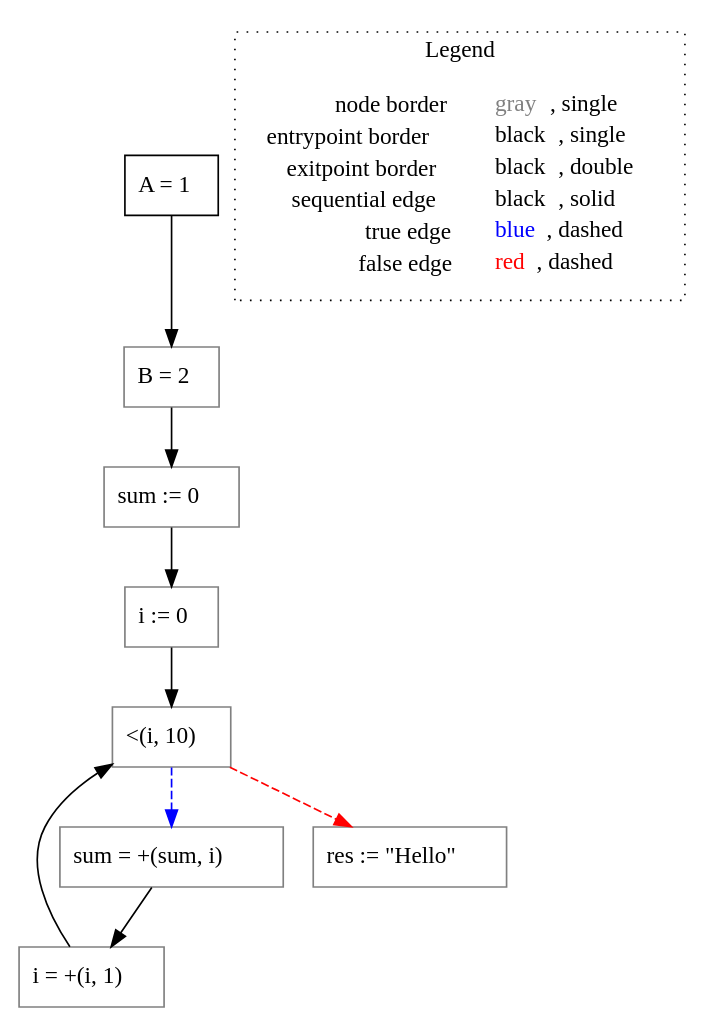
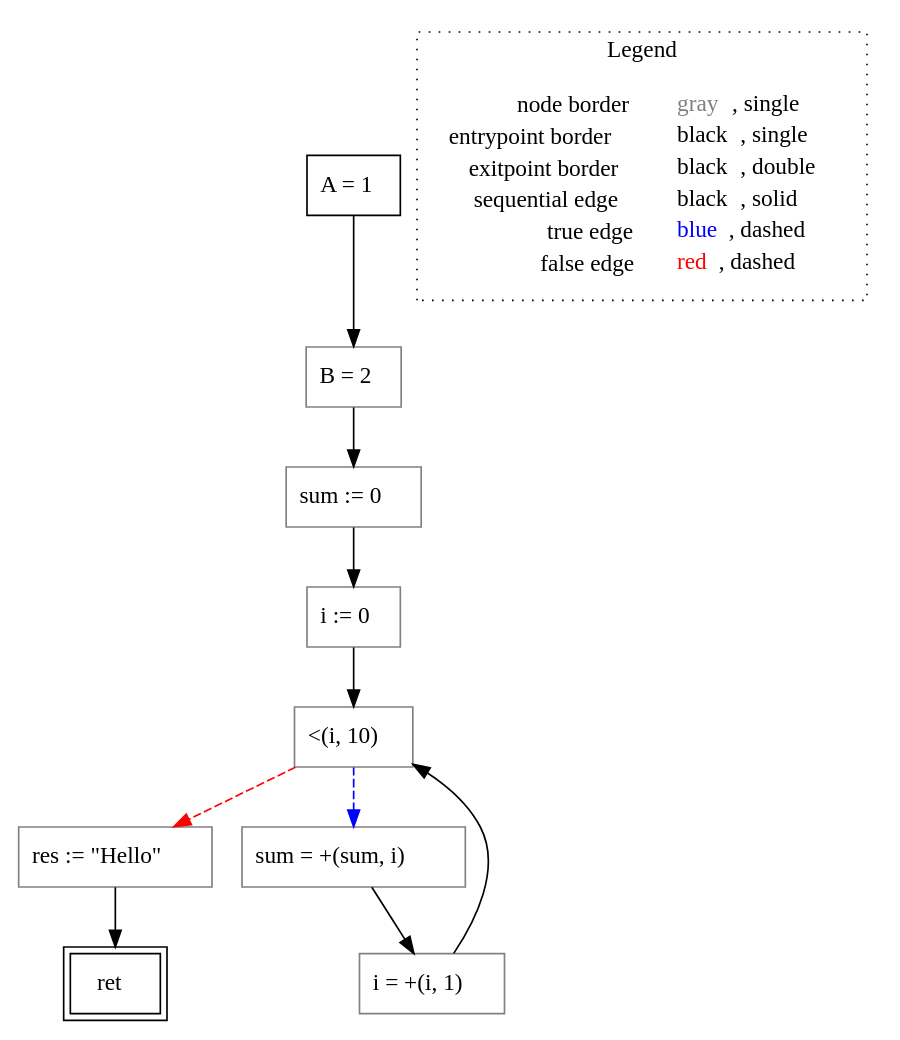
Before and after one commit to lisa-analyzer/go-lisa: the diagram in go-lisa/go-testcases/cfg/for/untyped_~LiSAProgram.simpleFor().dot, drawn with Graphviz. The commit also changed 86 other files, not shown here.

```diff
--- a/go-lisa/go-testcases/cfg/for/untyped_~LiSAProgram.simpleFor().dot
+++ b/go-lisa/go-testcases/cfg/for/untyped_~LiSAProgram.simpleFor().dot
@@ -1,25 +1,27 @@
 digraph {
 	"node0" [shape="rect",color="black",label=<A = 1>];
-	"node1" [shape="rect",color="gray",label=<sum = +(sum, i)>];
-	"node2" [shape="rect",color="gray",label=<sum := 0>];
-	"node3" [shape="rect",color="gray",label=<B = 2>];
-	"node4" [shape="rect",color="gray",label=<res := &quot;Hello&quot;>];
-	"node5" [shape="rect",color="gray",label=<i = +(i, 1)>];
-	"node6" [shape="rect",color="gray",label=<i := 0>];
-	"node7" [shape="rect",color="gray",label=<&lt;(i, 10)>];
-	"node1" -> "node5" [color="black"];
-	"node2" -> "node6" [color="black"];
-	"node3" -> "node2" [color="black"];
-	"node0" -> "node3" [color="black"];
-	"node5" -> "node7" [color="black"];
-	"node6" -> "node7" [color="black"];
-	"node7" -> "node1" [color="blue",style="dashed"];
-	"node7" -> "node4" [color="red",style="dashed"];
+	"node1" [shape="rect",color="gray",label=<res := &quot;Hello&quot;>];
+	"node2" [shape="rect",color="black",peripheries="2",label=<ret>];
+	"node3" [shape="rect",color="gray",label=<sum := 0>];
+	"node4" [shape="rect",color="gray",label=<B = 2>];
+	"node5" [shape="rect",color="gray",label=<i := 0>];
+	"node6" [shape="rect",color="gray",label=<&lt;(i, 10)>];
+	"node7" [shape="rect",color="gray",label=<i = +(i, 1)>];
+	"node8" [shape="rect",color="gray",label=<sum = +(sum, i)>];
+	"node1" -> "node2" [color="black"];
+	"node0" -> "node4" [color="black"];
+	"node3" -> "node5" [color="black"];
+	"node4" -> "node3" [color="black"];
+	"node5" -> "node6" [color="black"];
+	"node6" -> "node1" [color="red",style="dashed"];
+	"node6" -> "node8" [color="blue",style="dashed"];
+	"node7" -> "node6" [color="black"];
+	"node8" -> "node7" [color="black"];
 subgraph cluster_legend {
 	label="Legend";
 	style=dotted;
 	node [shape=plaintext];
 	"legend" [label=<<table border="0" cellpadding="2" cellspacing="0" cellborder="0"><tr><td align="right">node border&nbsp;</td><td align="left"><font color="gray">gray</font>, single</td></tr><tr><td align="right">entrypoint border&nbsp;</td><td align="left"><font color="black">black</font>, single</td></tr><tr><td align="right">exitpoint border&nbsp;</td><td align="left"><font color="black">black</font>, double</td></tr><tr><td align="right">sequential edge&nbsp;</td><td align="left"><font color="black">black</font>, solid</td></tr><tr><td align="right">true edge&nbsp;</td><td align="left"><font color="blue">blue</font>, dashed</td></tr><tr><td align="right">false edge&nbsp;</td><td align="left"><font color="red">red</font>, dashed</td></tr></table>>];
 }
 
 }
```
